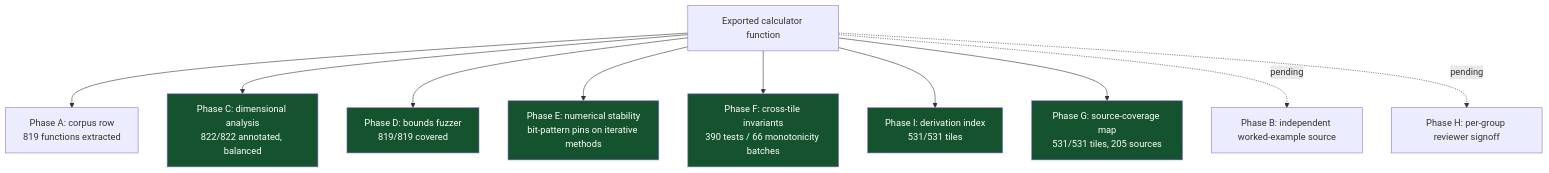
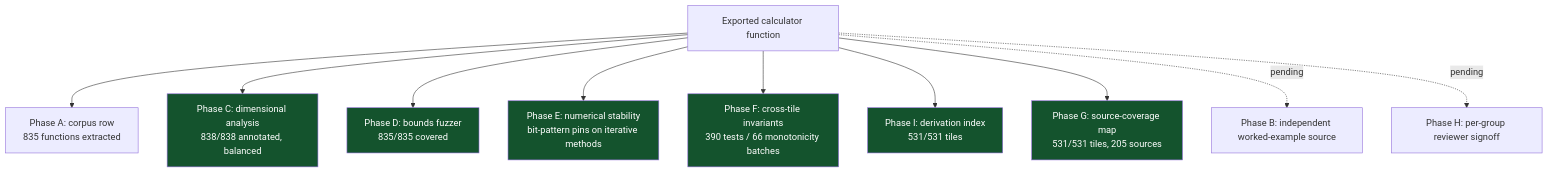
Before and after one commit to clay-good/roughlogic.com: the fourth of 6 diagrams in README.md, drawn with Mermaid. The commit also changed other lines of this file, not shown here.

````diff
--- a/README.md
+++ b/README.md
@@ -257,18 +257,18 @@
 ```mermaid
 flowchart TB
-    F[Exported calculator function] --> A[Phase A: corpus row\n819 functions extracted]
-    F --> C[Phase C: dimensional analysis\n822/822 annotated, balanced]
-    F --> D[Phase D: bounds fuzzer\n819/819 covered]
+    F[Exported calculator function] --> A[Phase A: corpus row\n835 functions extracted]
+    F --> C[Phase C: dimensional analysis\n838/838 annotated, balanced]
+    F --> D[Phase D: bounds fuzzer\n835/835 covered]
     F --> E[Phase E: numerical stability\nbit-pattern pins on iterative methods]
     F --> Fa[Phase F: cross-tile invariants\n390 tests / 66 monotonicity batches]
     F --> I[Phase I: derivation index\n531/531 tiles]
     F --> G[Phase G: source-coverage map\n531/531 tiles, 205 sources]
     F -.pending.-> B[Phase B: independent worked-example source]
     F -.pending.-> H[Phase H: per-group reviewer signoff]
     style C fill:#14532d,color:#fff
     style D fill:#14532d,color:#fff
     style E fill:#14532d,color:#fff
     style Fa fill:#14532d,color:#fff
     style G fill:#14532d,color:#fff
     style I fill:#14532d,color:#fff
 ```
````
